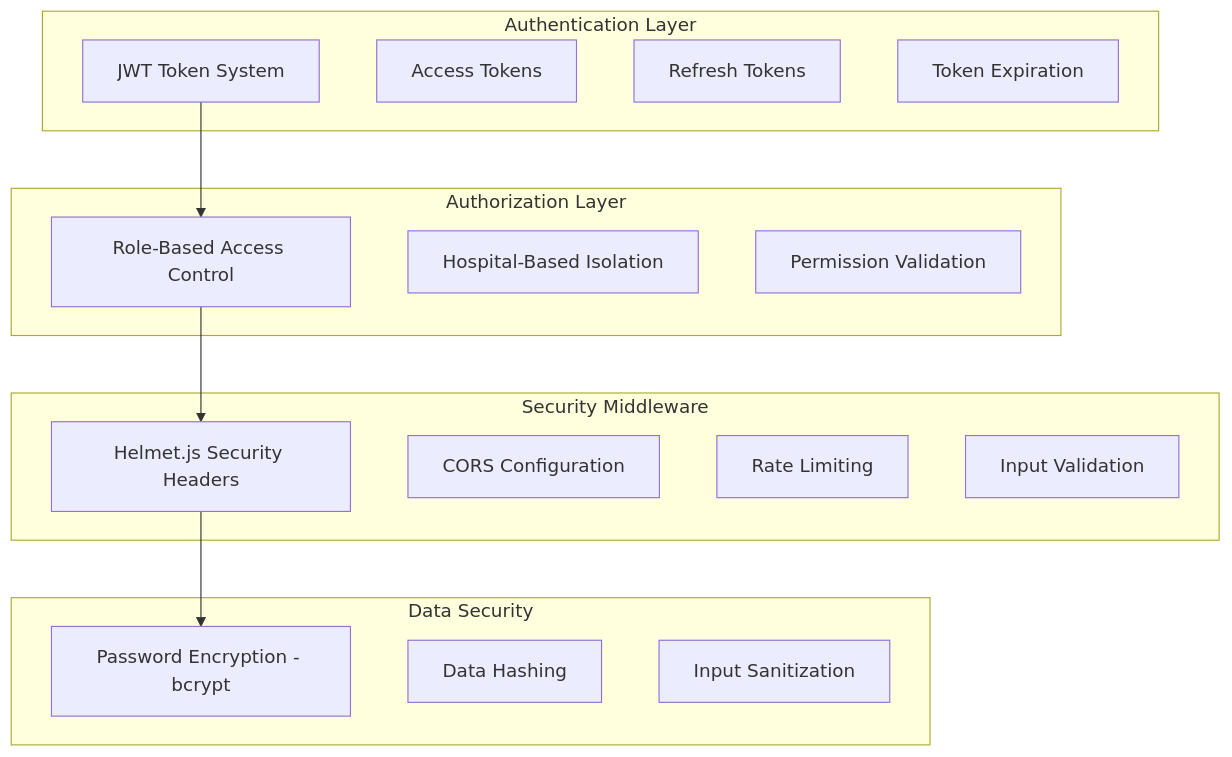
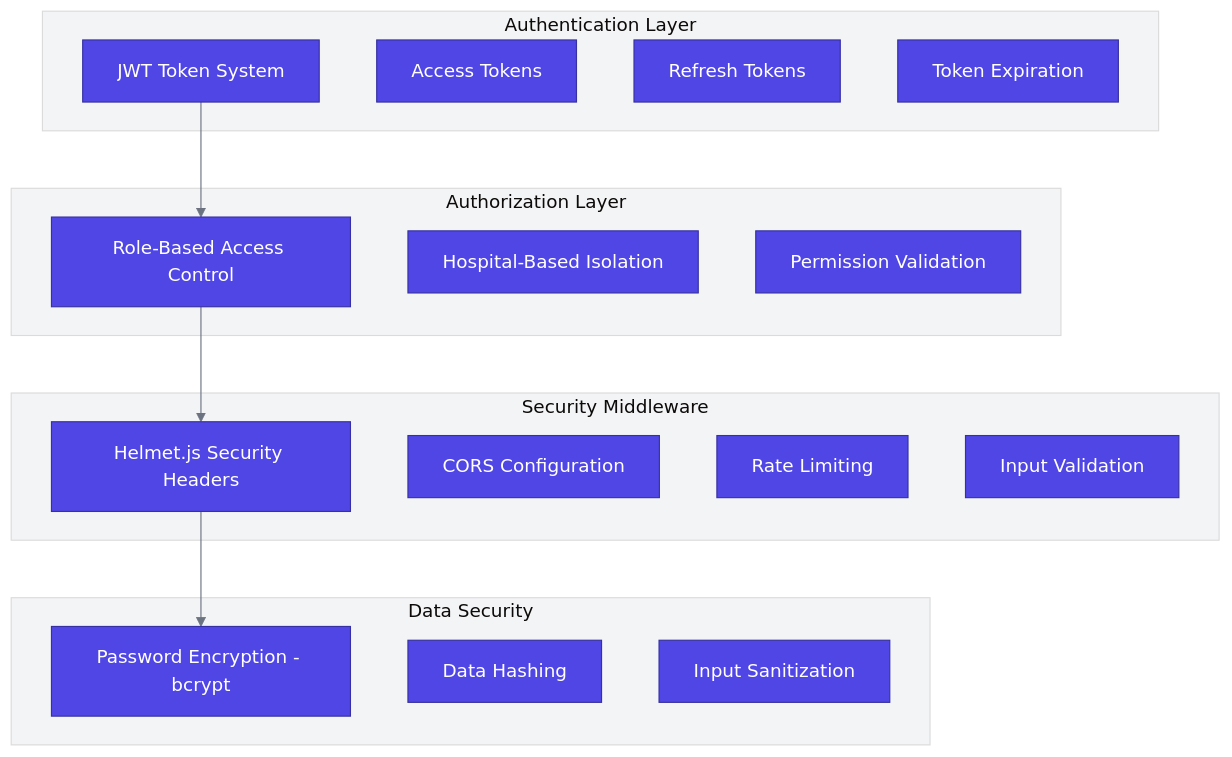
Before and after one commit to rohit-879/test: the eighth of 9 diagrams in readme.md, drawn with Mermaid. The commit also changed other lines of this file, not shown here.

````diff
--- a/readme.md
+++ b/readme.md
@@ -584,32 +583,33 @@
 ```mermaid
+%%{init: {'theme':'base', 'themeVariables': {'primaryColor': '#4f46e5', 'primaryTextColor': '#ffffff', 'primaryBorderColor': '#3730a3', 'lineColor': '#6b7280', 'secondaryColor': '#e5e7eb', 'tertiaryColor': '#f3f4f6'}}}%%
 graph TB
     subgraph "Authentication Layer"
         JWT[JWT Token System]
         ACCESS[Access Tokens]
         REFRESH[Refresh Tokens]
         EXPIRE[Token Expiration]
     end
     
     subgraph "Authorization Layer"
         RBAC[Role-Based Access Control]
         HOSP[Hospital-Based Isolation]
         PERM[Permission Validation]
     end
     
     subgraph "Security Middleware"
         HELMET[Helmet.js Security Headers]
         CORS_SEC[CORS Configuration]
         RATE_LIM[Rate Limiting]
         INPUT_VAL[Input Validation]
     end
     
     subgraph "Data Security"
         ENCRYPT[Password Encryption - bcrypt]
         HASH[Data Hashing]
         SANITIZE[Input Sanitization]
     end
     
     JWT --> RBAC
     RBAC --> HELMET
     HELMET --> ENCRYPT
 ```
````
